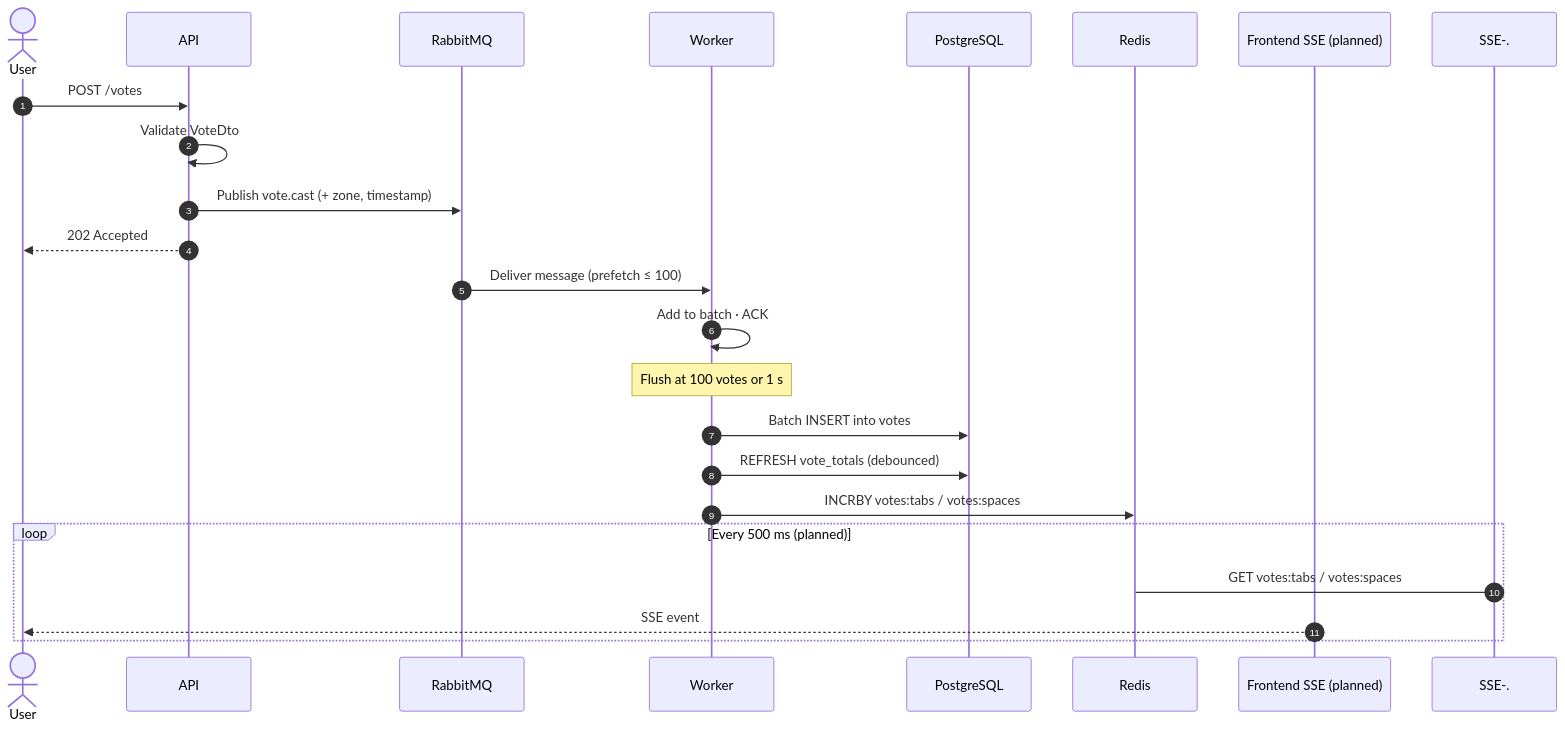
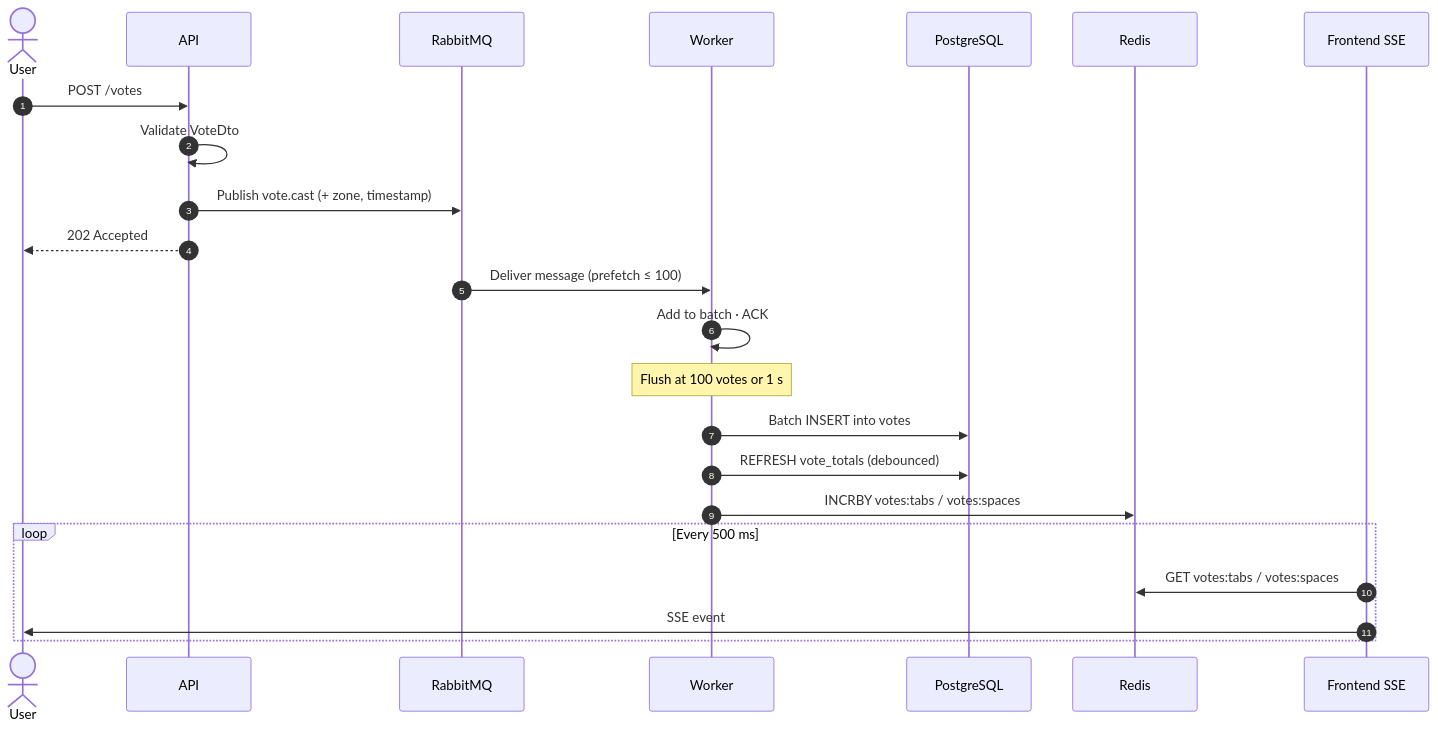
Before and after one commit to ahamedzoha/tabs-vs-spaces: the third of 5 diagrams in README.md, drawn with Mermaid. The commit also changed other lines of this file and 26 other files, not shown here.

Commit message:
Enhance Docker Compose with frontend service, add health checks for API, and update README with implementation details for frontend and Redis integration

````diff
--- a/README.md
+++ b/README.md
@@ -705,27 +720,27 @@
 ```mermaid
 sequenceDiagram
     autonumber
     actor User
     participant API
     participant RabbitMQ
     participant Worker
     participant PostgreSQL
 
     User->>API: POST /votes
     API->>API: Validate VoteDto
     API->>RabbitMQ: Publish vote.cast (+ zone, timestamp)
     API-->>User: 202 Accepted
 
     RabbitMQ->>Worker: Deliver message (prefetch ≤ 100)
     Worker->>Worker: Add to batch · ACK
     Note over Worker: Flush at 100 votes or 1 s
     Worker->>PostgreSQL: Batch INSERT into votes
     Worker->>PostgreSQL: REFRESH vote_totals (debounced)
     Worker->>Redis: INCRBY votes:tabs / votes:spaces
 
-    participant SSE as Frontend SSE (planned)
-    loop Every 500 ms (planned)
-        SSE-.->Redis: GET votes:tabs / votes:spaces
-        SSE-->>User: SSE event
+    participant SSE as Frontend SSE
+    loop Every 500 ms
+        SSE->>Redis: GET votes:tabs / votes:spaces
+        SSE->>User: SSE event
     end
 ```
````
